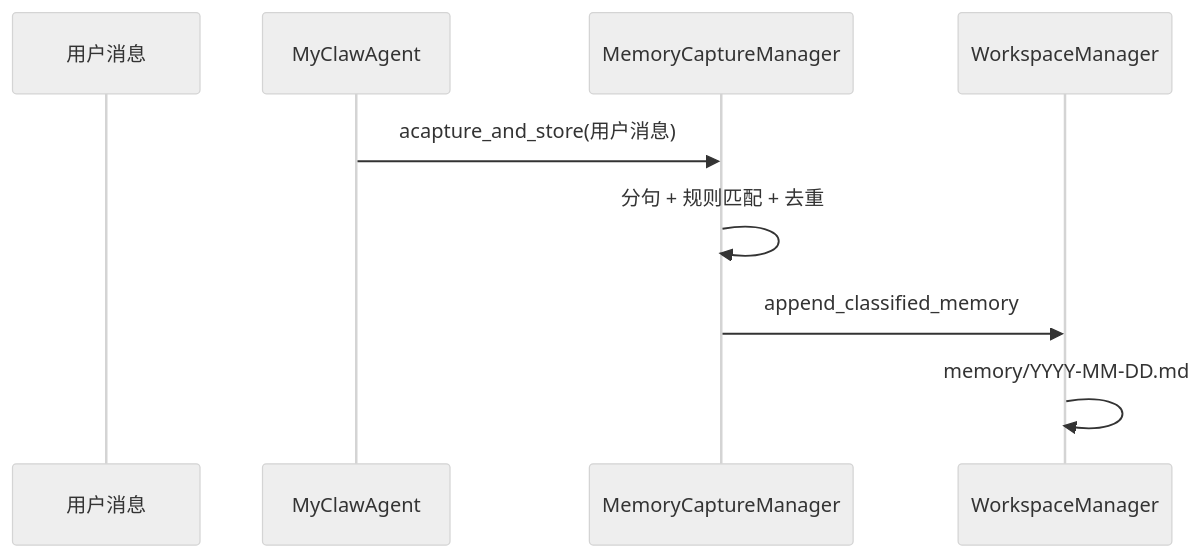
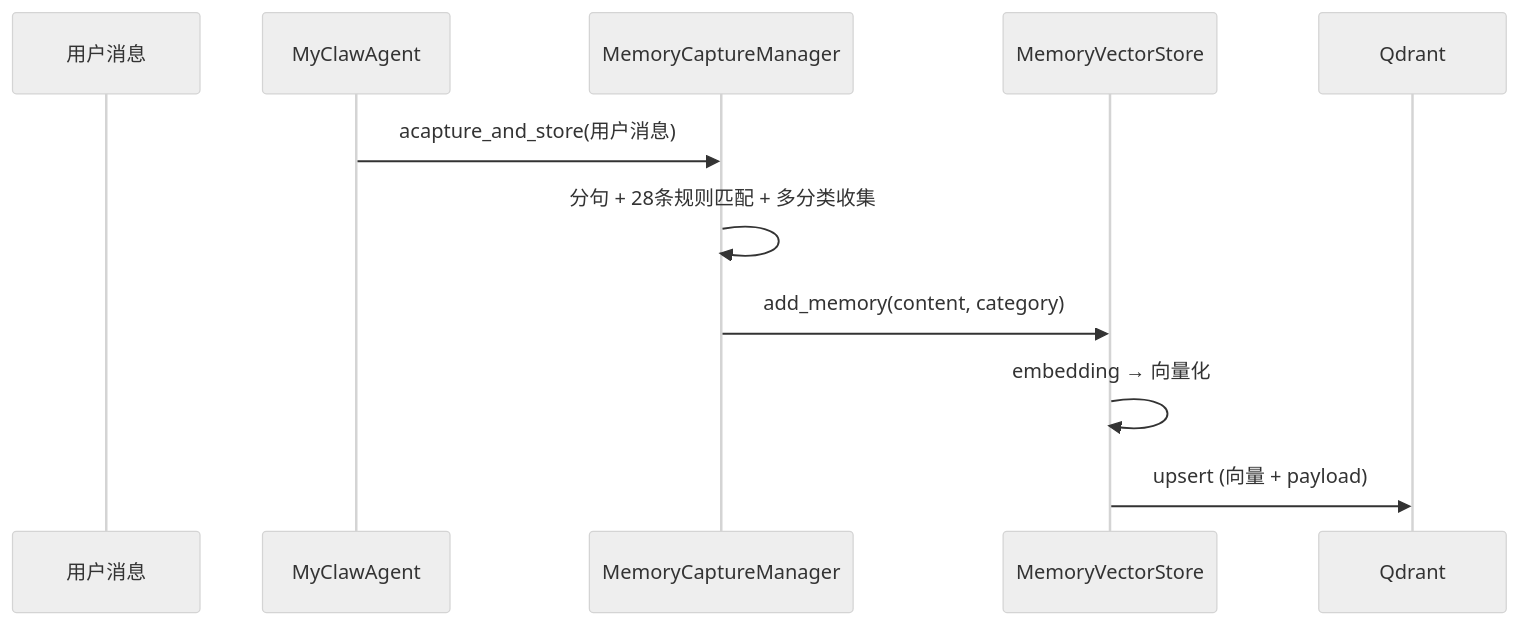
One commit to promisestar/MyClaw changed the third of 5 diagrams in docs/Memory实现与功能说明.md. Above: the diagram before and after it, drawn with Mermaid (neutral theme). The commit also changed other lines of this file and 14 other files, not shown here.

````diff
--- a/docs/Memory实现与功能说明.md
+++ b/docs/Memory实现与功能说明.md
@@ -123,12 +151,14 @@
 ```mermaid
 sequenceDiagram
     participant User as 用户消息
     participant Agent as MyClawAgent
     participant Cap as MemoryCaptureManager
-    participant WS as WorkspaceManager
+    participant Store as MemoryVectorStore
+    participant QD as Qdrant
 
     Agent->>Cap: acapture_and_store(用户消息)
-    Cap->>Cap: 分句 + 规则匹配 + 去重
-    Cap->>WS: append_classified_memory
-    WS->>WS: memory/YYYY-MM-DD.md
+    Cap->>Cap: 分句 + 28条规则匹配 + 多分类收集
+    Cap->>Store: add_memory(content, category)
+    Store->>Store: embedding → 向量化
+    Store->>QD: upsert (向量 + payload)
 ```
````
